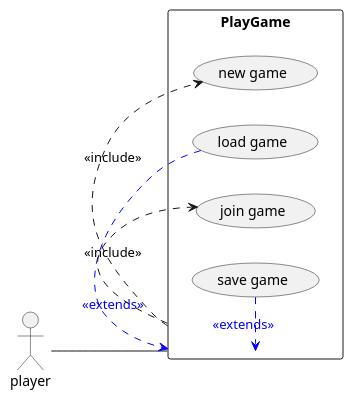
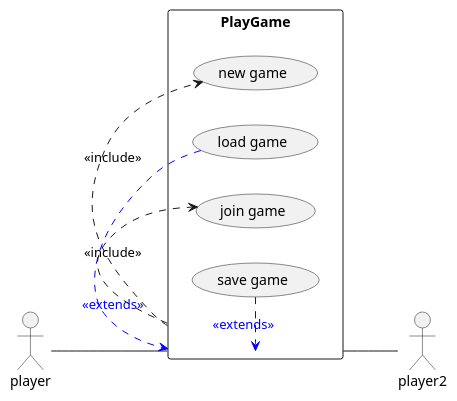
The diagram in src/UML/UseCase.puml (Mathiasw01/G.16RoborallyV1.1), drawn with PlantUML before and after one commit.

Commit message:
Updated UD

```diff
--- a/src/UML/UseCase.puml
+++ b/src/UML/UseCase.puml
@@ -1,16 +1,16 @@
 @startuml
 left to right direction
 skinparam packageStyle rectangle
 actor player
-'actor player2
+actor player2
 
 rectangle PlayGame {
   player -- (PlayGame)
   (PlayGame) .> (new game) : <<include>>
   (load game) .> (PlayGame) #blue;line.dashed;text:blue : <<extends>>
   (PlayGame) .> (join game) : <<include>>
   (save game) .> (PlayGame) #blue;line.dashed;text:blue : <<extends>>
-  '(PlayGame) -- player2
+  (PlayGame) -- player2
 }
 
 @enduml
```
